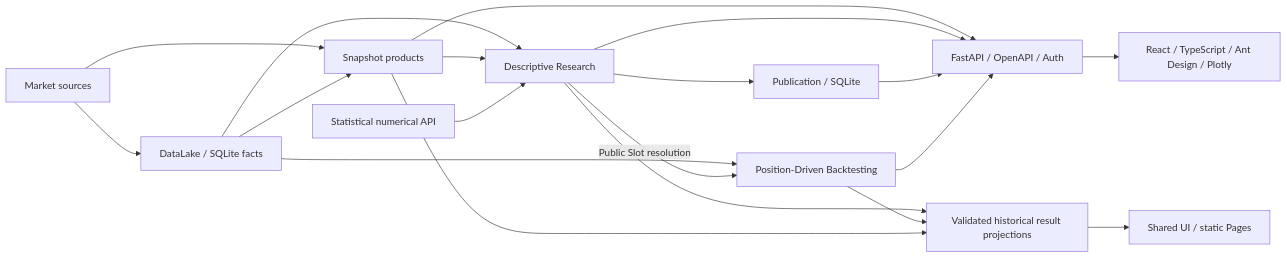
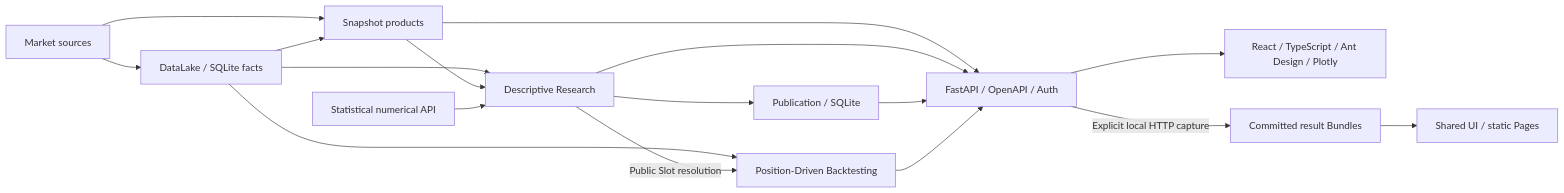
The diagram in README.md (ougachakaaa/hg-market-state-lab), drawn with Mermaid before and after one commit. The commit also changed other lines of this file and 1 other file, not shown here.

````diff
--- a/README.md
+++ b/README.md
@@ -12,21 +24,19 @@
 ```mermaid
 flowchart LR
     SRC[Market sources] --> DL[DataLake / SQLite facts]
     SRC --> SN[Snapshot products]
     DL --> SN
     DL --> R[Descriptive Research]
     SN --> R
     ST[Statistical numerical API] --> R
     DL --> B[Position-Driven Backtesting]
     R -->|Public Slot resolution| B
     R --> P[Publication / SQLite]
     SN --> API[FastAPI / OpenAPI / Auth]
     R --> API
     P --> API
     B --> API
     API --> UI[React / TypeScript / Ant Design / Plotly]
-    R --> E[Validated historical result projections]
-    B --> E
-    SN --> E
+    API -->|Explicit local HTTP capture| E[Committed result Bundles]
     E --> DEMO[Shared UI / static Pages]
 ```
````
